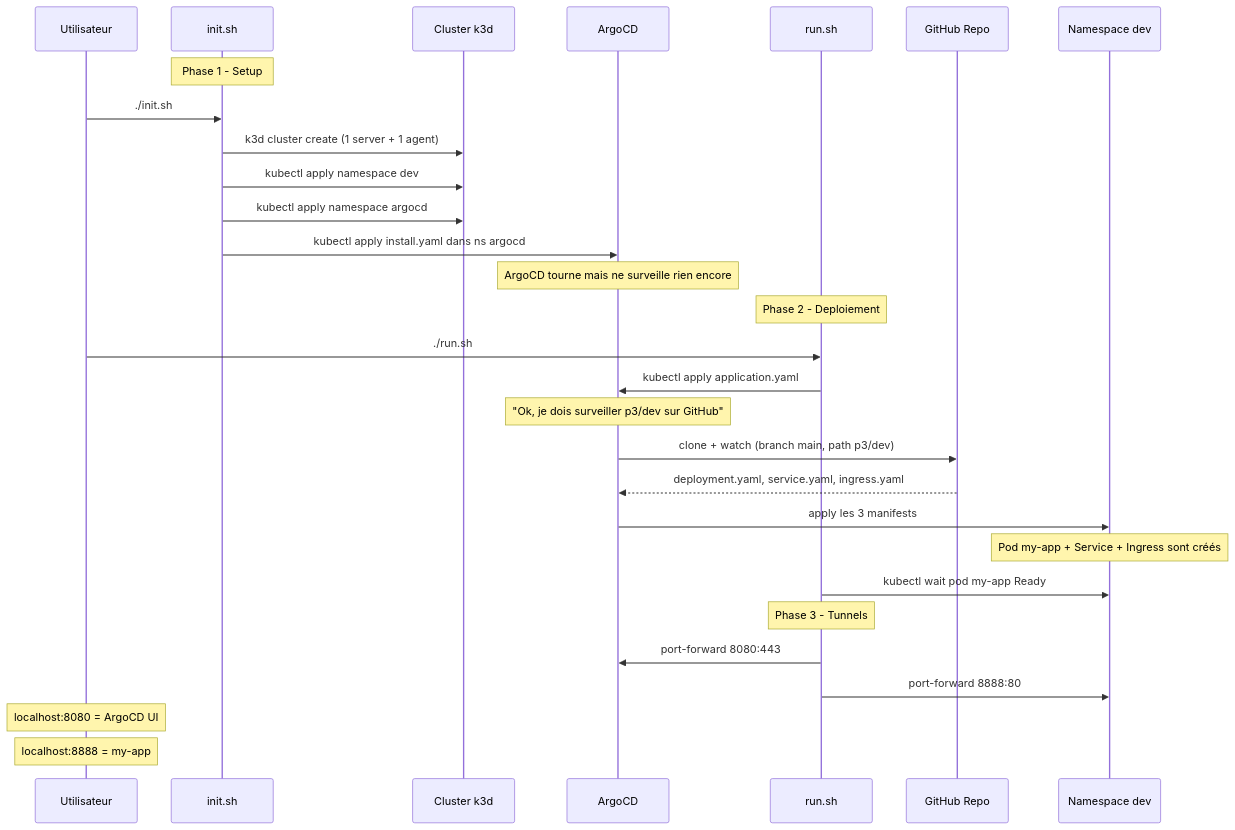
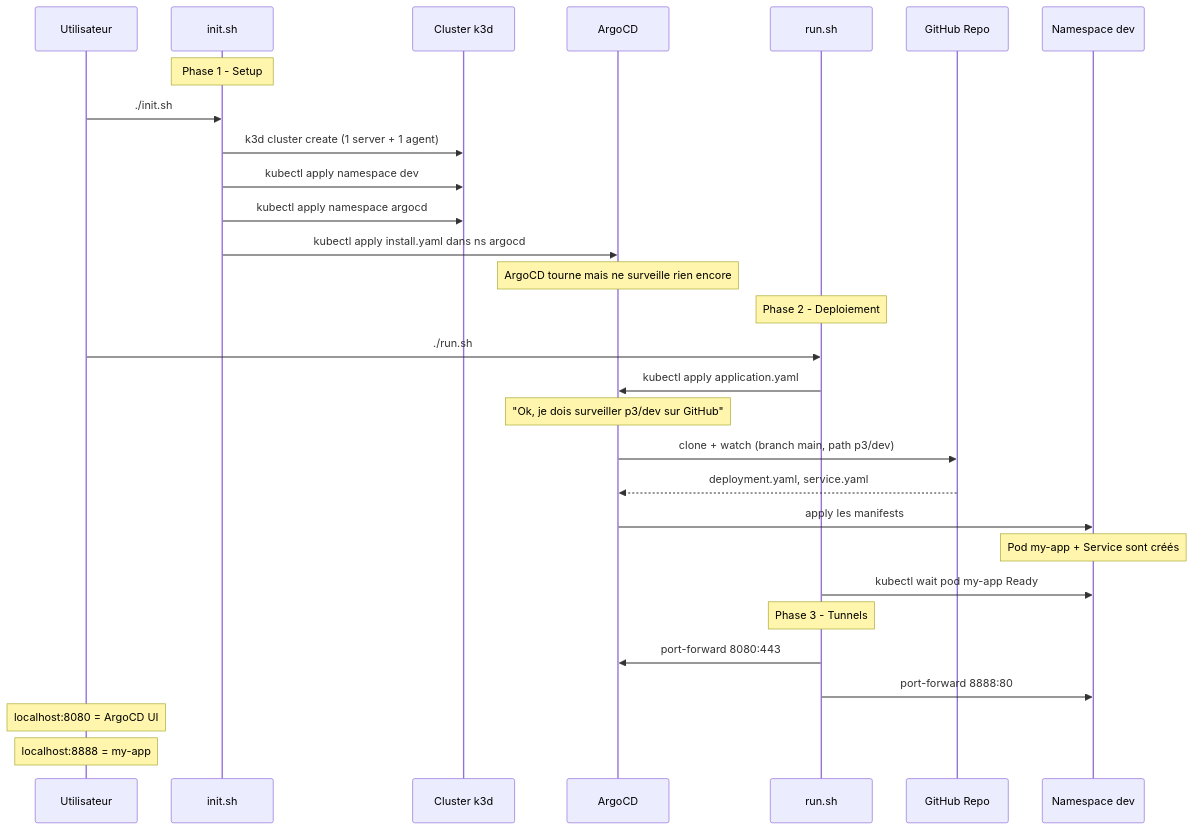
One commit to mlanglois26/42_inception_of_things changed the third of 3 diagrams in p3/README.md. Above: the diagram before and after it, drawn with Mermaid. The commit also changed other lines of this file and 2 other files, not shown here.

First line of the commit message:
docs(p3): add install.yaml visual recap, remove unused ingress files

````diff
--- a/p3/README.md
+++ b/p3/README.md
@@ -245,34 +272,34 @@
 ```mermaid
 sequenceDiagram
     participant User as Utilisateur
     participant Init as init.sh
     participant K3D as Cluster k3d
     participant ArgoCD as ArgoCD
     participant Run as run.sh
     participant GitHub as GitHub Repo
     participant DevNS as Namespace dev
 
     Note over Init: Phase 1 - Setup
     User->>Init: ./init.sh
     Init->>K3D: k3d cluster create (1 server + 1 agent)
     Init->>K3D: kubectl apply namespace dev
     Init->>K3D: kubectl apply namespace argocd
     Init->>ArgoCD: kubectl apply install.yaml dans ns argocd
     Note over ArgoCD: ArgoCD tourne mais ne surveille rien encore
 
     Note over Run: Phase 2 - Deploiement
     User->>Run: ./run.sh
     Run->>ArgoCD: kubectl apply application.yaml
     Note over ArgoCD: "Ok, je dois surveiller p3/dev sur GitHub"
     ArgoCD->>GitHub: clone + watch (branch main, path p3/dev)
-    GitHub-->>ArgoCD: deployment.yaml, service.yaml, ingress.yaml
-    ArgoCD->>DevNS: apply les 3 manifests
-    Note over DevNS: Pod my-app + Service + Ingress sont créés
+    GitHub-->>ArgoCD: deployment.yaml, service.yaml
+    ArgoCD->>DevNS: apply les manifests
+    Note over DevNS: Pod my-app + Service sont créés
     Run->>DevNS: kubectl wait pod my-app Ready
 
     Note over Run: Phase 3 - Tunnels
     Run->>ArgoCD: port-forward 8080:443
     Run->>DevNS: port-forward 8888:80
     Note over User: localhost:8080 = ArgoCD UI
     Note over User: localhost:8888 = my-app
 ```
````
